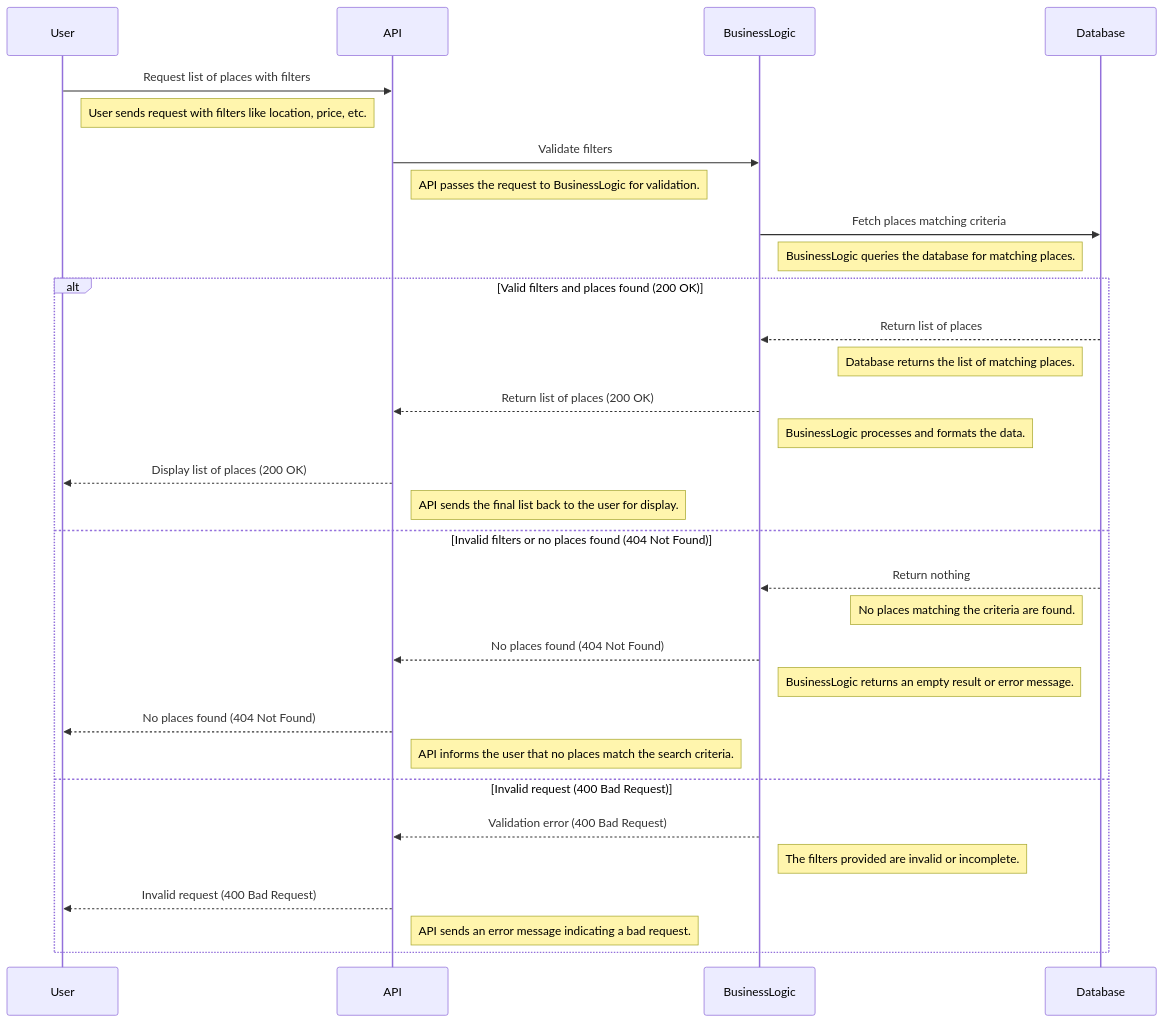
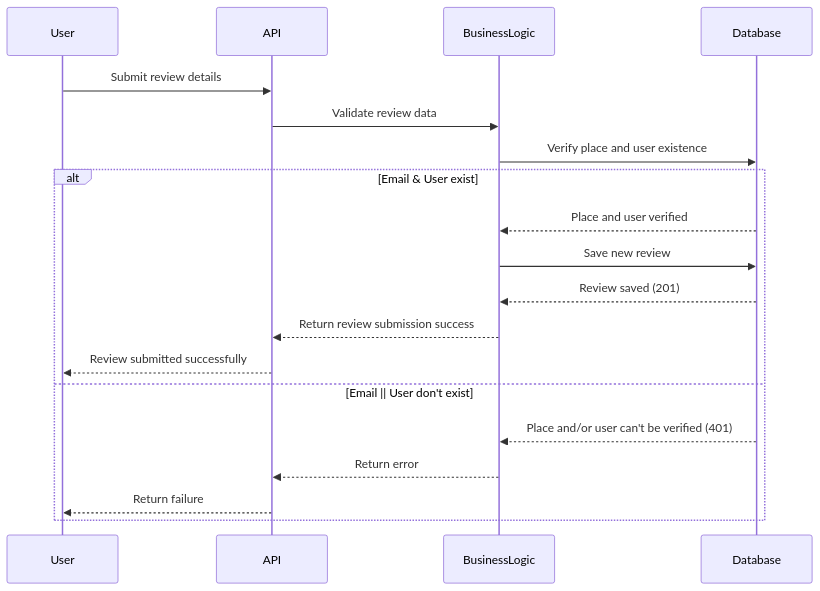
The diagram in 2.Review.md (Basco64/HBNB_UML), drawn with Mermaid before and after one commit.

````diff
--- a/2.Review.md
+++ b/2.Review.md
@@ -1,37 +1,22 @@
 ```mermaid
 sequenceDiagram
     participant User
     participant API
     participant BusinessLogic
     participant Database
+    User->>API: Submit review details
+    API->>BusinessLogic: Validate review data
+    BusinessLogic->>Database: Verify place and user existence
 
-    User->>API: Request list of places with filters
-    note right of User: User sends request with filters like location, price, etc.
-    
-    API->>BusinessLogic: Validate filters
-    note right of API: API passes the request to BusinessLogic for validation.
-    
-    BusinessLogic->>Database: Fetch places matching criteria
-    note right of BusinessLogic: BusinessLogic queries the database for matching places.
-
-    alt Valid filters and places found (200 OK)
-        Database-->>BusinessLogic: Return list of places
-        note left of Database: Database returns the list of matching places.
-        BusinessLogic-->>API: Return list of places (200 OK)
-        note right of BusinessLogic: BusinessLogic processes and formats the data.
-        API-->>User: Display list of places (200 OK)
-        note right of API: API sends the final list back to the user for display.
-    else Invalid filters or no places found (404 Not Found)
-        Database-->>BusinessLogic: Return nothing
-        note left of Database: No places matching the criteria are found.
-        BusinessLogic-->>API: No places found (404 Not Found)
-        note right of BusinessLogic: BusinessLogic returns an empty result or error message.
-        API-->>User: No places found (404 Not Found)
-        note right of API: API informs the user that no places match the search criteria.
-    else Invalid request (400 Bad Request)
-        BusinessLogic-->>API: Validation error (400 Bad Request)
-        note right of BusinessLogic: The filters provided are invalid or incomplete.
-        API-->>User: Invalid request (400 Bad Request)
-        note right of API: API sends an error message indicating a bad request.
+    alt Email & User exist
+        Database-->>BusinessLogic: Place and user verified
+        BusinessLogic->>Database: Save new review
+        Database-->>BusinessLogic: Review saved (201)
+        BusinessLogic-->>API: Return review submission success
+        API-->>User: Review submitted successfully
+    else Email || User don't exist
+        Database-->>BusinessLogic: Place and/or user can't be verified (401)
+        BusinessLogic-->>API: Return error
+        API-->>User: Return failure
     end
 ```
````
